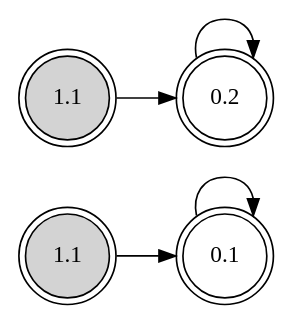
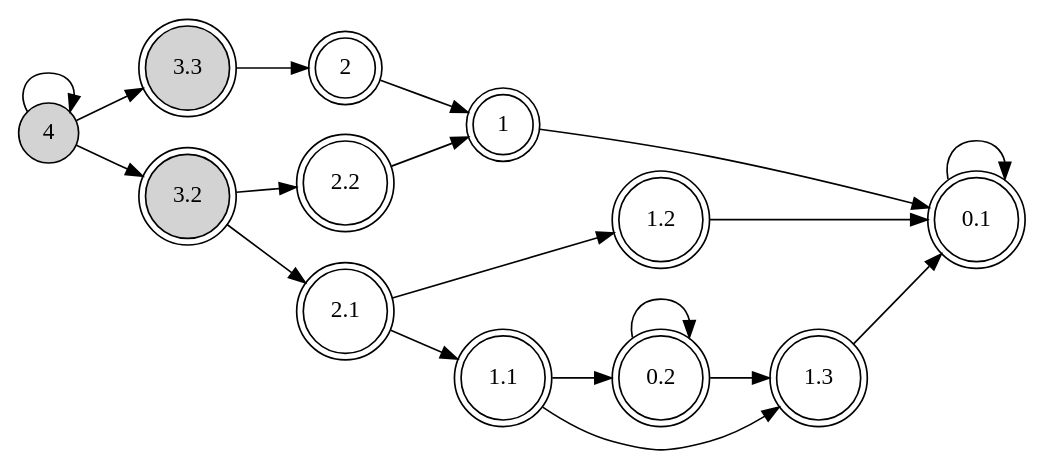
Before and after one commit to Tj-Cong/EnPAC_2021_RD: the diagram in cmake-build-debug/SBA.dot, drawn with Graphviz. The commit also changed 25 other files, not shown here.

```diff
--- a/cmake-build-debug/SBA.dot
+++ b/cmake-build-debug/SBA.dot
@@ -1,12 +1,34 @@
 digraph SBA{
 	rankdir=LR
-	0 [shape=doublecircle,style=filled,label="1.1"]
-	1 [shape=doublecircle,style=filled,label="1.1"]
-	2 [shape=doublecircle,label="0.2"]
-	3 [shape=doublecircle,label="0.1"]
+	0 [shape=circle,style=filled,label="4"]
+	1 [shape=doublecircle,style=filled,label="3.3"]
+	2 [shape=doublecircle,style=filled,label="3.2"]
+	3 [shape=doublecircle,label="2.2"]
+	4 [shape=doublecircle,label="2.1"]
+	5 [shape=doublecircle,label="2"]
+	6 [shape=doublecircle,label="1.2"]
+	7 [shape=doublecircle,label="1.1"]
+	8 [shape=doublecircle,label="1"]
+	9 [shape=doublecircle,label="0.2"]
+	10 [shape=doublecircle,label="1.3"]
+	11 [shape=doublecircle,label="0.1"]
 
-	0->3
-	1->2
-	2->2
-	3->3
+	0->0
+	0->1
+	0->2
+	1->5
+	2->3
+	2->4
+	3->8
+	4->6
+	4->7
+	5->8
+	6->11
+	7->9
+	7->10
+	8->11
+	9->9
+	9->10
+	10->11
+	11->11
 }
```
